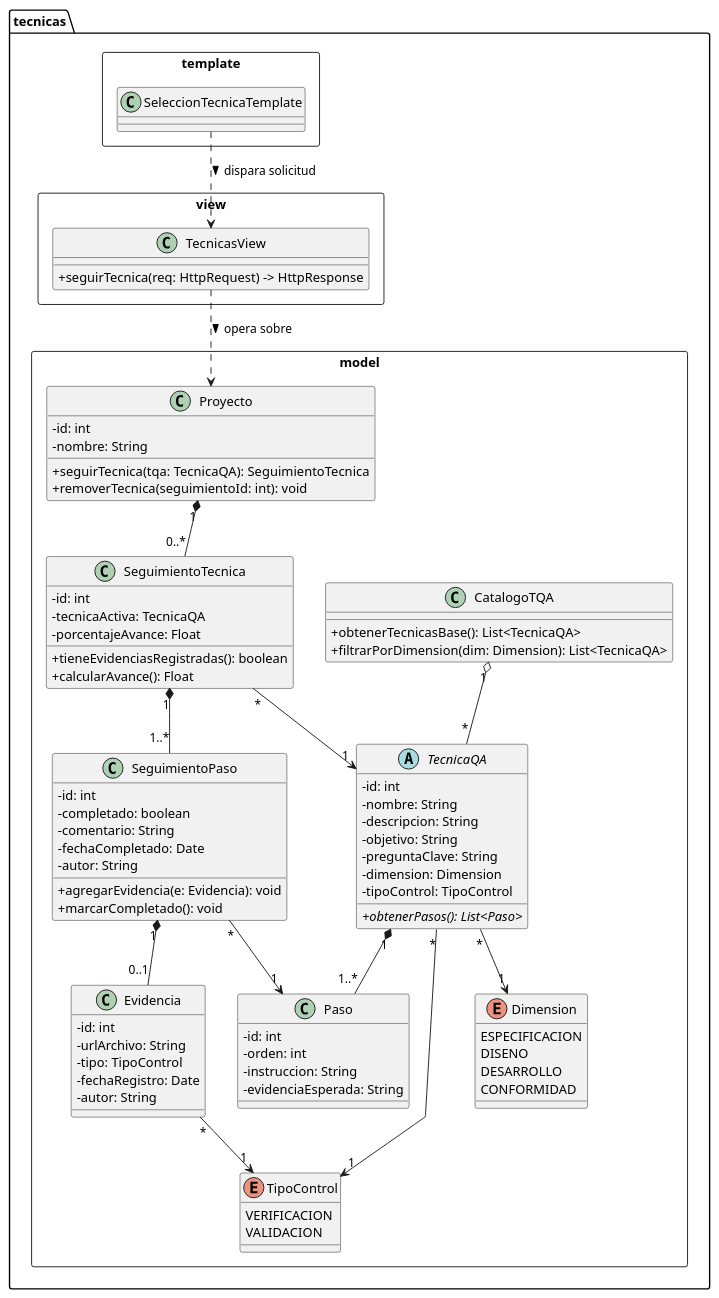
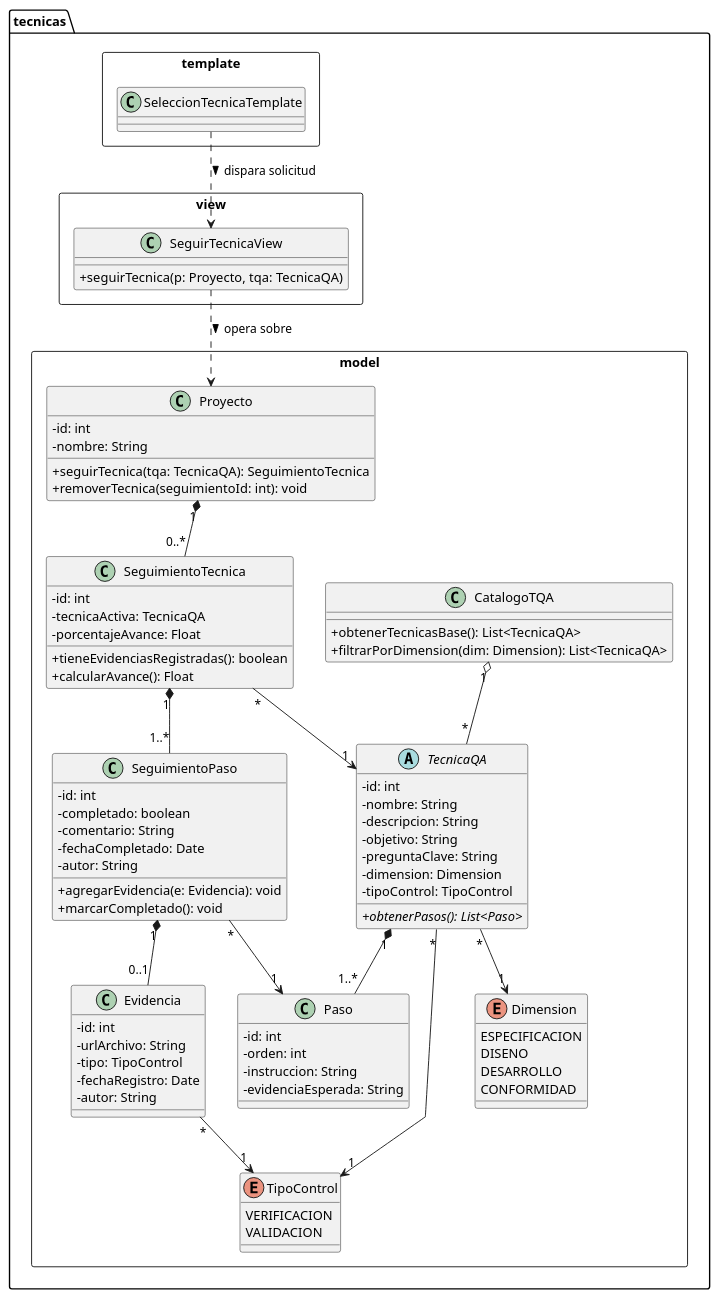
One commit to Josgtg/QA-Admin changed the diagram in diagrams/hu5_clases.puml. Above: the diagram before and after it, drawn with PlantUML. The commit also changed 1 other file, not shown here.

Commit message:
Diagramas de hu5 actualizados

```diff
--- a/diagrams/hu5_clases.puml
+++ b/diagrams/hu5_clases.puml
@@ -1,104 +1,104 @@
 @startuml
 skinparam classAttributeIconSize 0
 skinparam shadowing false
 skinparam linetype polyline
 
 package "tecnicas.template" <<Rectangle>> {
   class SeleccionTecnicaTemplate {
   }
 }
 
 package "tecnicas.view" <<Rectangle>> {
-  class TecnicasView {
-    + seguirTecnica(req: HttpRequest) -> HttpResponse
+  class SeguirTecnicaView {
+    + seguirTecnica(p: Proyecto, tqa: TecnicaQA)
   }
 }
 
 package "tecnicas.model" <<Rectangle>> {
   enum Dimension {
     ESPECIFICACION
     DISENO
     DESARROLLO
     CONFORMIDAD
   }
 
   enum TipoControl {
     VERIFICACION
     VALIDACION
   }
 
   class CatalogoTQA {
     + obtenerTecnicasBase(): List<TecnicaQA>
     + filtrarPorDimension(dim: Dimension): List<TecnicaQA>
   }
 
   abstract class TecnicaQA {
     - id: int
     - nombre: String
     - descripcion: String
     - objetivo: String
     - preguntaClave: String
     - dimension: Dimension
     - tipoControl: TipoControl
     + {abstract} obtenerPasos(): List<Paso>
   }
 
   class Paso {
     - id: int
     - orden: int
     - instruccion: String
     - evidenciaEsperada: String
   }
 
   class Proyecto {
     - id: int
     - nombre: String
     + seguirTecnica(tqa: TecnicaQA): SeguimientoTecnica
     + removerTecnica(seguimientoId: int): void
   }
 
   class SeguimientoTecnica {
     - id: int
     - tecnicaActiva: TecnicaQA
     - porcentajeAvance: Float
     + tieneEvidenciasRegistradas(): boolean
     + calcularAvance(): Float
   }
 
   class SeguimientoPaso {
     - id: int
     - completado: boolean
     - comentario: String
     - fechaCompletado: Date
     - autor: String
     + agregarEvidencia(e: Evidencia): void
     + marcarCompletado(): void
   }
 
   class Evidencia {
     - id: int
     - urlArchivo: String
     - tipo: TipoControl
     - fechaRegistro: Date
     - autor: String
   }
 }
 
 ' Relaciones internas de modelos
 CatalogoTQA "1" o-- "*" TecnicaQA
 TecnicaQA "*" --> "1" Dimension
 TecnicaQA "*" --> "1" TipoControl
 TecnicaQA "1" *-- "1..*" Paso
 
 Proyecto "1" *-- "0..*" SeguimientoTecnica
 SeguimientoTecnica "*" --> "1" TecnicaQA
 SeguimientoTecnica "1" *-- "1..*" SeguimientoPaso
 SeguimientoPaso "*" --> "1" Paso
 SeguimientoPaso "1" *-- "0..1" Evidencia
 
 Evidencia "*" --> "1" TipoControl
 
 ' Relaciones MVT
-SeleccionTecnicaTemplate ..> TecnicasView : dispara solicitud >
-TecnicasView ..> Proyecto : opera sobre >
+SeleccionTecnicaTemplate ..> SeguirTecnicaView : dispara solicitud >
+SeguirTecnicaView ..> Proyecto : opera sobre >
 @enduml
```
